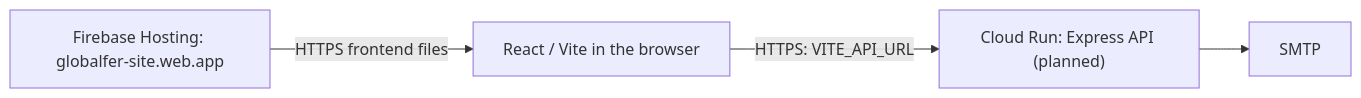
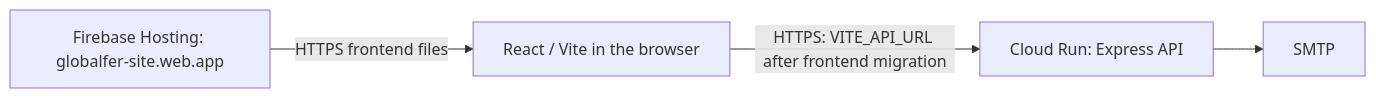
One commit to fernandoh88/globalfer-site changed the diagram in README.md. Above: the diagram before and after it, drawn with Mermaid. The commit also changed other lines of this file and 3 other files, not shown here.

Commit message:
fix(security): harden Cloud Run rate limiting

````diff
--- a/README.md
+++ b/README.md
@@ -110,6 +110,6 @@
 ```mermaid
 flowchart LR
   Hosting["Firebase Hosting: globalfer-site.web.app"] -->|HTTPS frontend files| Browser["React / Vite in the browser"]
-  Browser -->|HTTPS: VITE_API_URL| API["Cloud Run: Express API (planned)"]
+  Browser -->|HTTPS: VITE_API_URL after frontend migration| API["Cloud Run: Express API"]
   API --> SMTP
 ```
````
